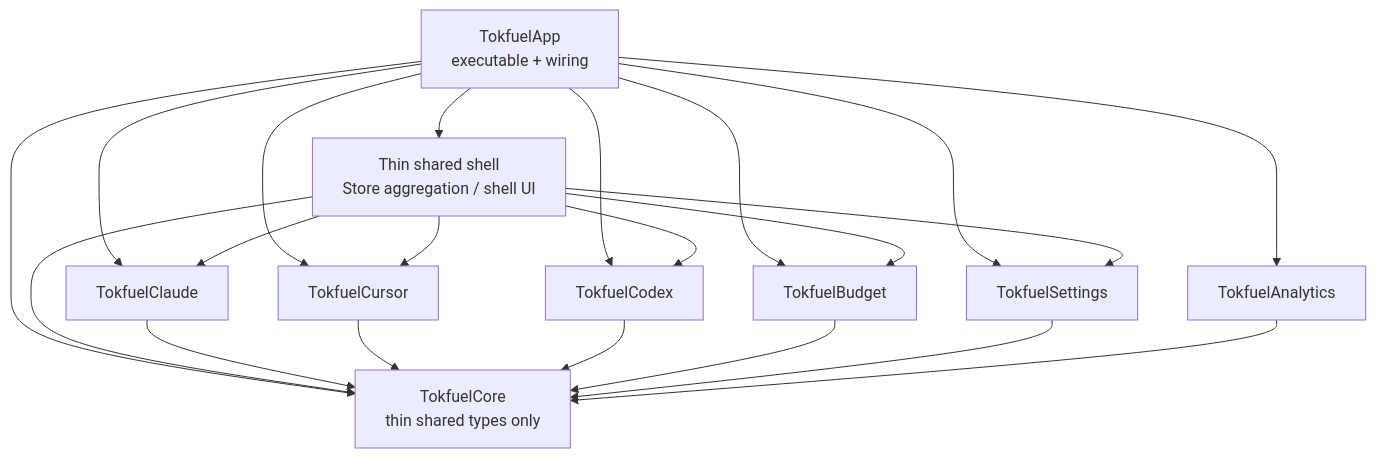
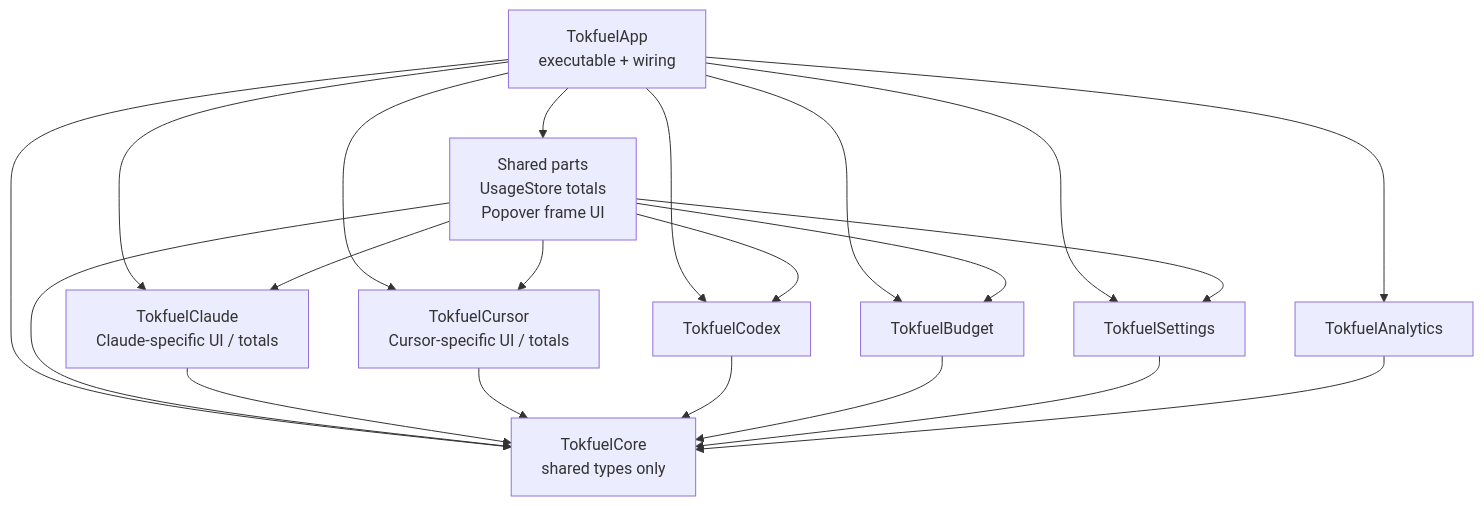
Before and after one commit to Tokfuel/Tokfuel: the second of 3 diagrams in ADR/0002-feature-spm-modules/0002-feature-spm-modules.md, drawn with Mermaid. The commit also changed other lines of this file and 1 other file, not shown here.

````diff
--- a/ADR/0002-feature-spm-modules/0002-feature-spm-modules.md
+++ b/ADR/0002-feature-spm-modules/0002-feature-spm-modules.md
@@ -58,35 +58,35 @@
 ```mermaid
 flowchart TB
   App["TokfuelApp<br/>executable + wiring"]
-  Shell["Thin shared shell<br/>Store aggregation / shell UI"]
+  Shared["Shared parts<br/>UsageStore totals<br/>Popover frame UI"]
   Settings["TokfuelSettings"]
-  Claude["TokfuelClaude"]
-  Cursor["TokfuelCursor"]
+  Claude["TokfuelClaude<br/>Claude-specific UI / totals"]
+  Cursor["TokfuelCursor<br/>Cursor-specific UI / totals"]
   Codex["TokfuelCodex"]
   Budget["TokfuelBudget"]
   Analytics["TokfuelAnalytics"]
-  Core["TokfuelCore<br/>thin shared types only"]
+  Core["TokfuelCore<br/>shared types only"]
 
-  App --> Shell
+  App --> Shared
   App --> Settings
   App --> Claude
   App --> Cursor
   App --> Codex
   App --> Budget
   App --> Analytics
   App --> Core
 
-  Shell --> Settings
-  Shell --> Claude
-  Shell --> Cursor
-  Shell --> Codex
-  Shell --> Budget
-  Shell --> Core
+  Shared --> Settings
+  Shared --> Claude
+  Shared --> Cursor
+  Shared --> Codex
+  Shared --> Budget
+  Shared --> Core
 
   Claude --> Core
   Cursor --> Core
   Codex --> Core
   Budget --> Core
   Settings --> Core
   Analytics --> Core
 ```
````
